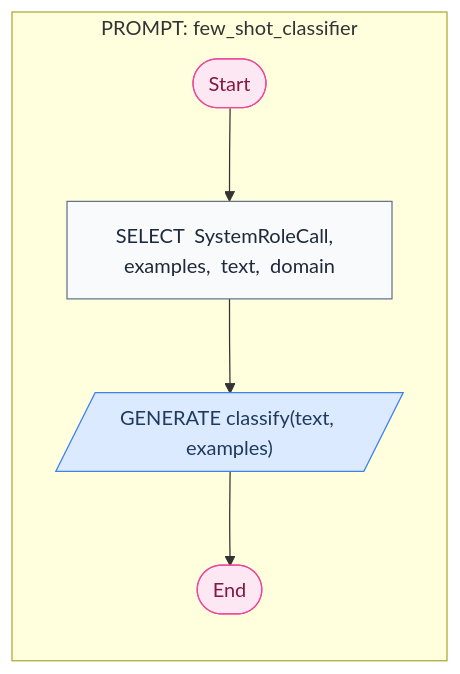
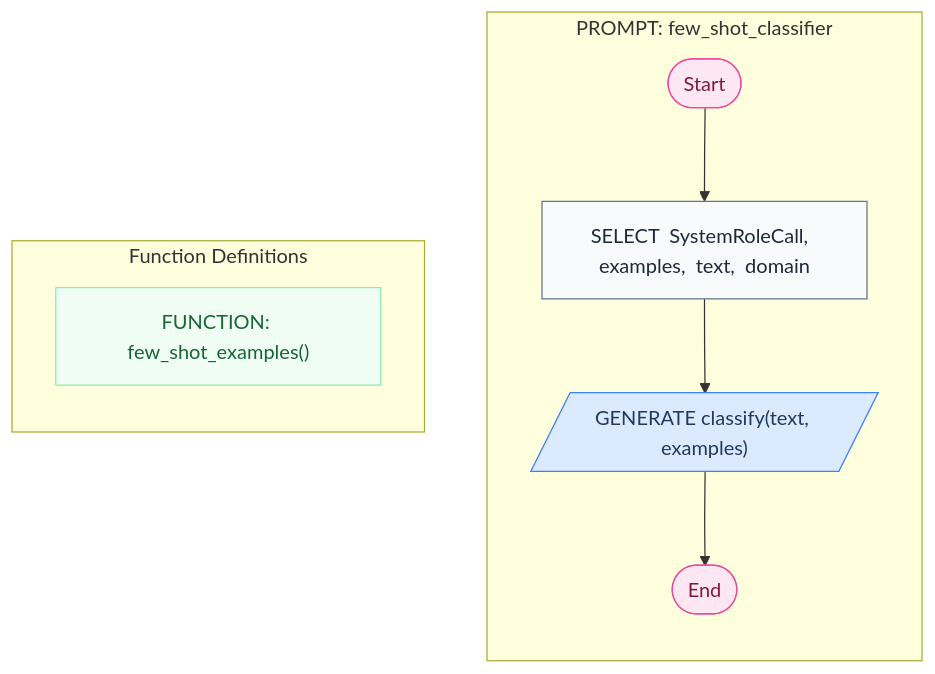
One commit to digital-duck/SPL.py changed the diagram in cookbook/24_few_shot/mermaid/few_shot.md. Above: the diagram before and after it, drawn with Mermaid. The commit also changed 334 other files, not shown here.

````diff
--- a/cookbook/24_few_shot/mermaid/few_shot.md
+++ b/cookbook/24_few_shot/mermaid/few_shot.md
@@ -7,21 +7,26 @@
 ```mermaid
 flowchart TD
     subgraph SG_few_shot_classifier["PROMPT: few_shot_classifier"]
     direction TB
     START1(["Start"])
     SEL2["SELECT  SystemRoleCall,  examples,  text,  domain"]
     START1 --> SEL2
     GEN3[/"GENERATE classify(text, examples)"/]
     SEL2 --> GEN3
     END4(["End"])
     GEN3 --> END4
     end
+    subgraph FUNCTIONS["Function Definitions"]
+    direction TB
+    FN5["FUNCTION: few_shot_examples()"]
+    end
     class START1 term
     class SEL2 assign
     class GEN3 llm
     class END4 term
+    class FN5 fn
     classDef llm fill:#dbeafe,stroke:#3b82f6,color:#1e3a5f
     classDef term fill:#fce7f3,stroke:#ec4899,color:#831843
     classDef fn fill:#f0fdf4,stroke:#86efac,color:#166534
     classDef assign fill:#f8fafc,stroke:#64748b,color:#1e293b
 ```
````
